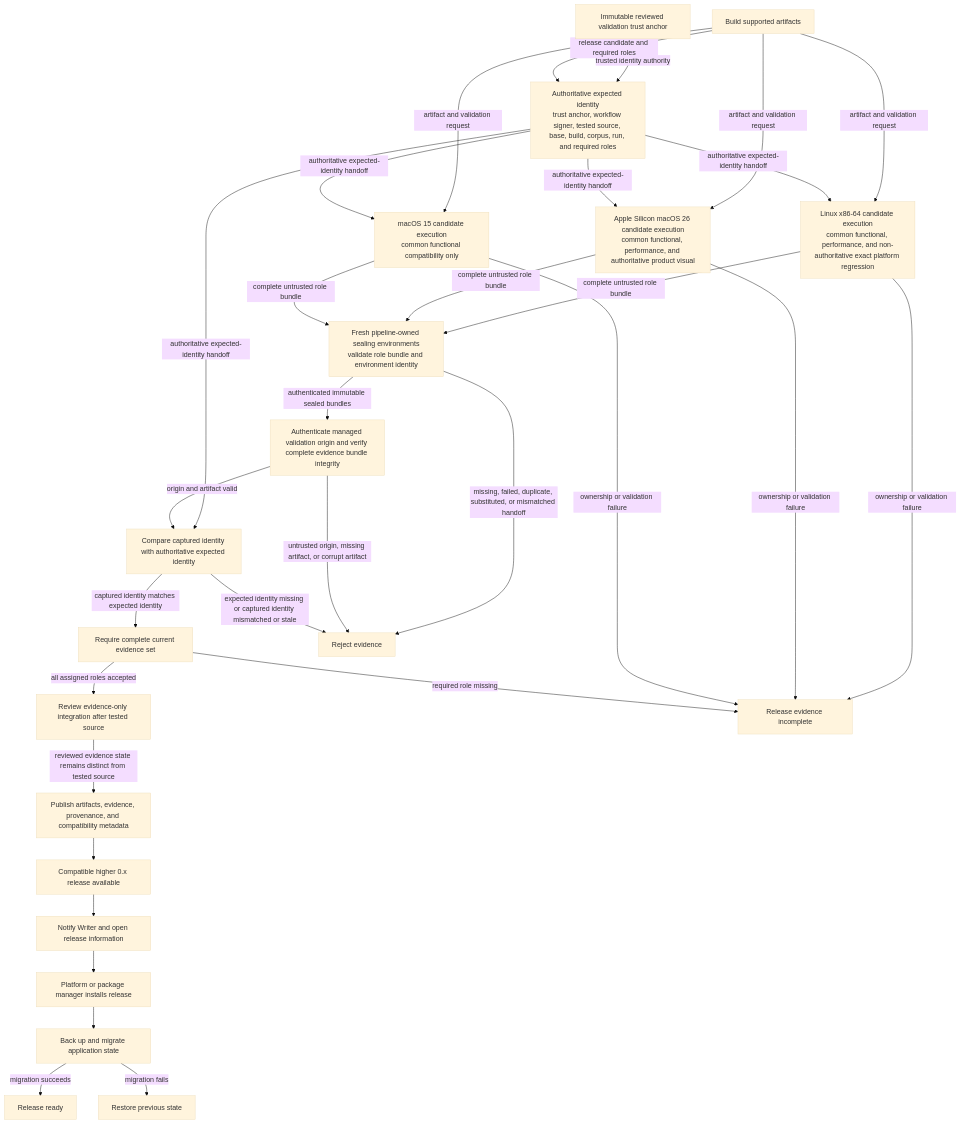
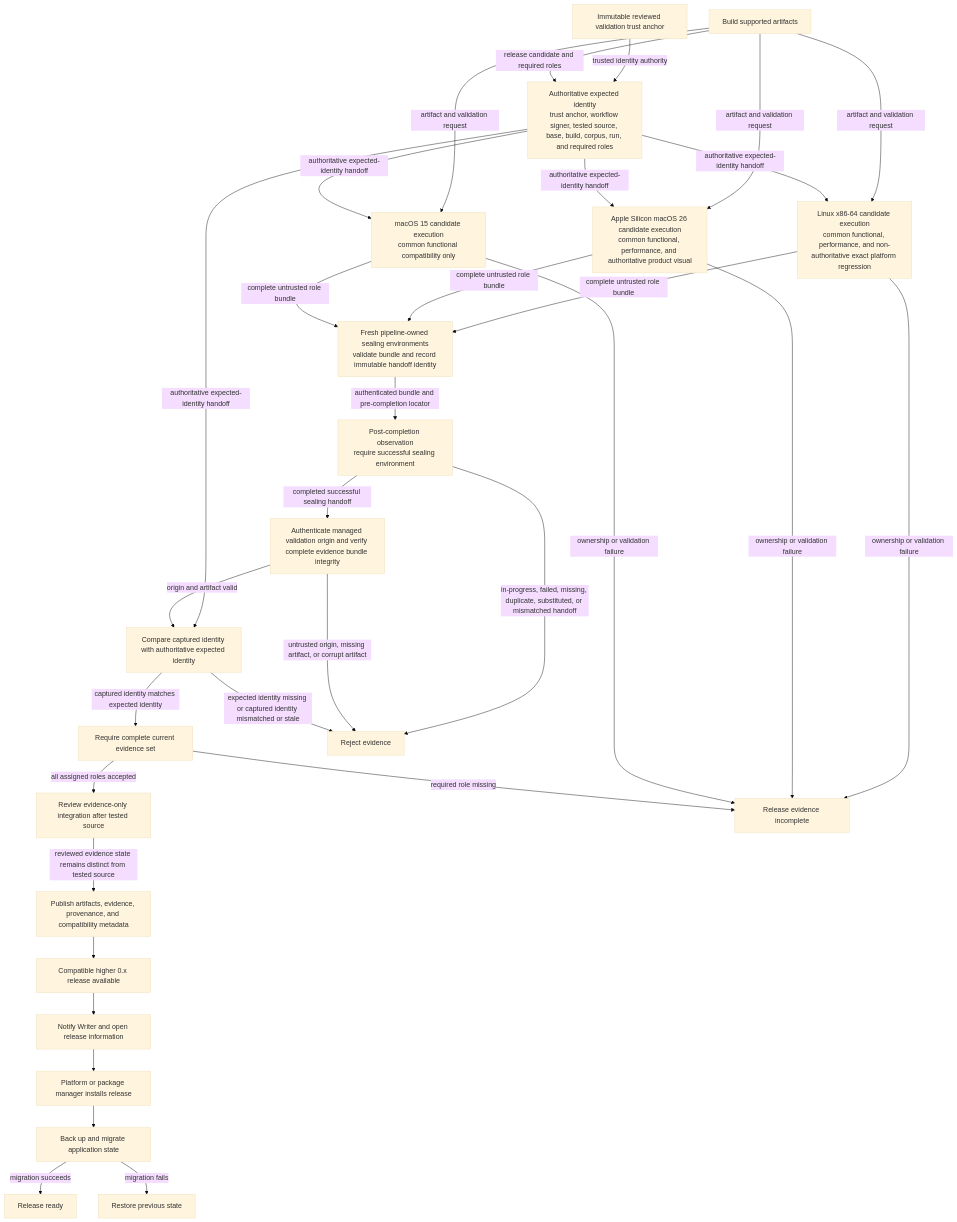
One commit to SkrOYC/burlmd changed the diagram in .constitution/architecture/flows/flow-release.md. Above: the diagram before and after it, drawn with Mermaid (base theme). The commit also changed other lines of this file and 16 other files, not shown here.

First line of the commit message:
docs: defer sealing success to completed job evidence

````diff
--- a/.constitution/architecture/flows/flow-release.md
+++ b/.constitution/architecture/flows/flow-release.md
@@ -5,54 +5,56 @@
 ```mermaid
 flowchart TD
     Build[Build supported artifacts]
     Trust[Immutable reviewed validation trust anchor]
     Expected[Authoritative expected identity\ntrust anchor, workflow signer, tested source, base, build, corpus, run, and required roles]
     Linux[Linux x86-64 candidate execution\ncommon functional, performance, and non-authoritative exact platform regression]
     MacReference[Apple Silicon macOS 26 candidate execution\ncommon functional, performance, and authoritative product visual]
     MacCompatibility[macOS 15 candidate execution\ncommon functional compatibility only]
-    Seal[Fresh pipeline-owned sealing environments\nvalidate role bundle and environment identity]
+    Seal[Fresh pipeline-owned sealing environments\nvalidate bundle and record immutable handoff identity]
+    Observe[Post-completion observation\nrequire successful sealing environment]
     Integrity[Authenticate managed validation origin and verify complete evidence bundle integrity]
     Identity[Compare captured identity with authoritative expected identity]
     Complete[Require complete current evidence set]
     Report[Review evidence-only integration after tested source]
     Publish[Publish artifacts, evidence, provenance, and compatibility metadata]
     Available[Compatible higher 0.x release available]
     Notify[Notify Writer and open release information]
     PlatformInstall[Platform or package manager installs release]
     Migrating[Back up and migrate application state]
     Ready[Release ready]
     PreviousState[Restore previous state]
     Failed[Release evidence incomplete]
     Rejected[Reject evidence]
 
     Trust -->|trusted identity authority| Expected
     Build -->|release candidate and required roles| Expected
     Build -->|artifact and validation request| Linux
     Build -->|artifact and validation request| MacReference
     Build -->|artifact and validation request| MacCompatibility
     Expected -->|authoritative expected-identity handoff| Linux
     Expected -->|authoritative expected-identity handoff| MacReference
     Expected -->|authoritative expected-identity handoff| MacCompatibility
     Expected -->|authoritative expected-identity handoff| Identity
     Linux -->|complete untrusted role bundle| Seal
     MacReference -->|complete untrusted role bundle| Seal
     MacCompatibility -->|complete untrusted role bundle| Seal
-    Seal -->|authenticated immutable sealed bundles| Integrity
+    Seal -->|authenticated bundle and pre-completion locator| Observe
+    Observe -->|completed successful sealing handoff| Integrity
     Linux -->|ownership or validation failure| Failed
     MacReference -->|ownership or validation failure| Failed
     MacCompatibility -->|ownership or validation failure| Failed
-    Seal -->|missing, failed, duplicate, substituted, or mismatched handoff| Rejected
+    Observe -->|in-progress, failed, missing, duplicate, substituted, or mismatched handoff| Rejected
     Integrity -->|origin and artifact valid| Identity
     Integrity -->|untrusted origin, missing artifact, or corrupt artifact| Rejected
     Identity -->|captured identity matches expected identity| Complete
     Identity -->|expected identity missing or captured identity mismatched or stale| Rejected
     Complete -->|all assigned roles accepted| Report
     Complete -->|required role missing| Failed
     Report -->|reviewed evidence state remains distinct from tested source| Publish
     Publish --> Available
     Available --> Notify
     Notify --> PlatformInstall
     PlatformInstall --> Migrating
     Migrating -->|migration succeeds| Ready
     Migrating -->|migration fails| PreviousState
 ```
````
